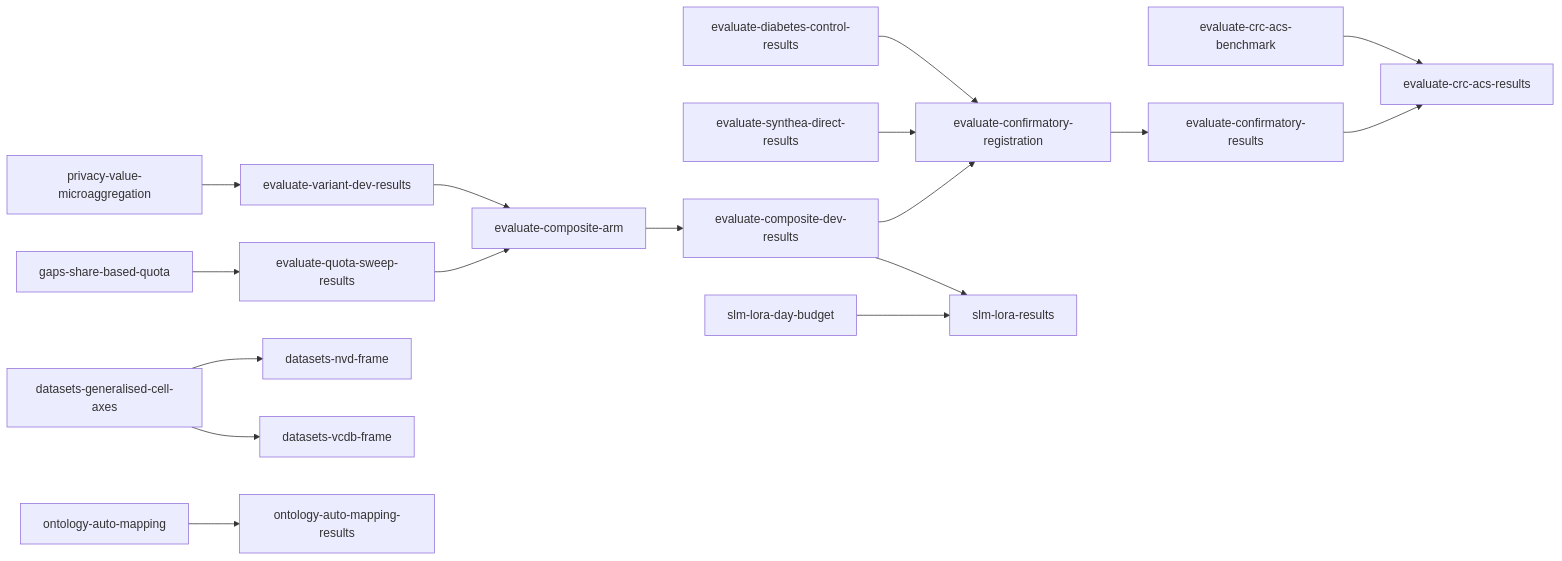
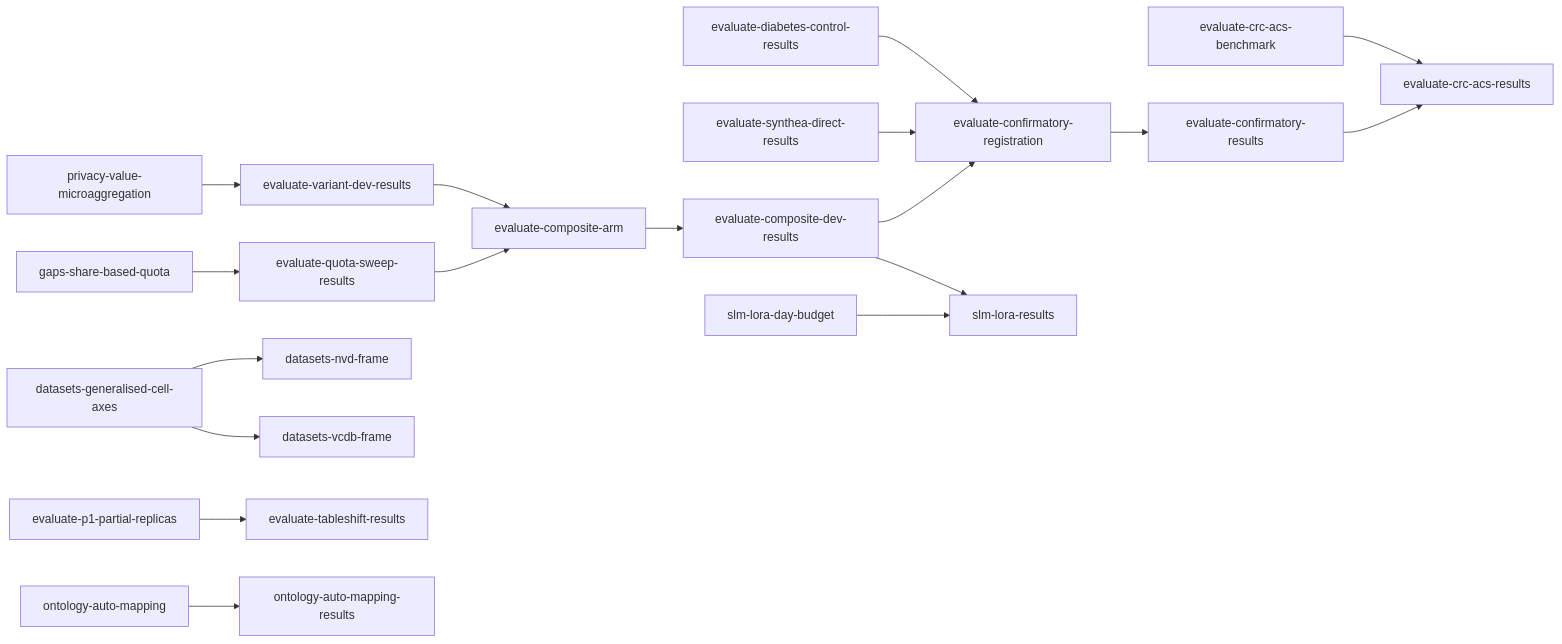
One commit to joe-dartmouth/synthetic changed the diagram in tasks/direct-index.md. Above: the diagram before and after it, drawn with Mermaid. The commit also changed other lines of this file and 7 other files, not shown here.

````diff
--- a/tasks/direct-index.md
+++ b/tasks/direct-index.md
@@ -63,19 +65,20 @@
 ```mermaid
 flowchart LR
     u16[privacy-value-microaggregation] --> u19[evaluate-variant-dev-results]
     u20[gaps-share-based-quota] --> u21[evaluate-quota-sweep-results]
     u50[datasets-generalised-cell-axes] --> u52[datasets-nvd-frame]
     u50 --> u53[datasets-vcdb-frame]
     u19 --> u28[evaluate-composite-arm]
     u21 --> u28
     u28 --> u29[evaluate-composite-dev-results]
     u7[evaluate-diabetes-control-results] --> u30[evaluate-confirmatory-registration]
     u8[evaluate-synthea-direct-results] --> u30
     u29 --> u30
     u30 --> u31[evaluate-confirmatory-results]
+    u54[evaluate-p1-partial-replicas] --> u55[evaluate-tableshift-results]
     u41[evaluate-crc-acs-benchmark] --> u42[evaluate-crc-acs-results]
     u31 --> u42
     u32[ontology-auto-mapping] --> u33[ontology-auto-mapping-results]
     u29 --> u36[slm-lora-results]
     u51[slm-lora-day-budget] --> u36
 ```
````
